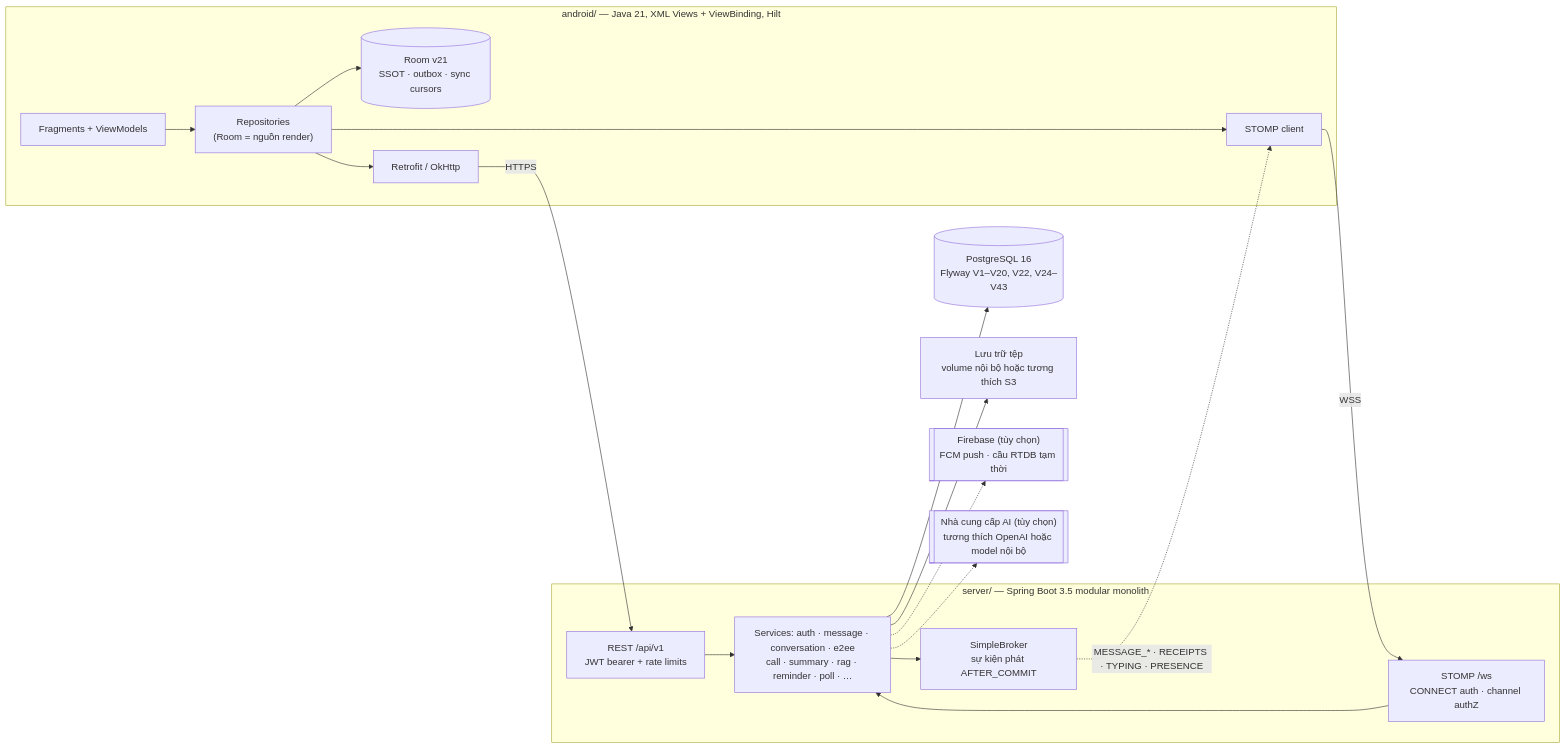
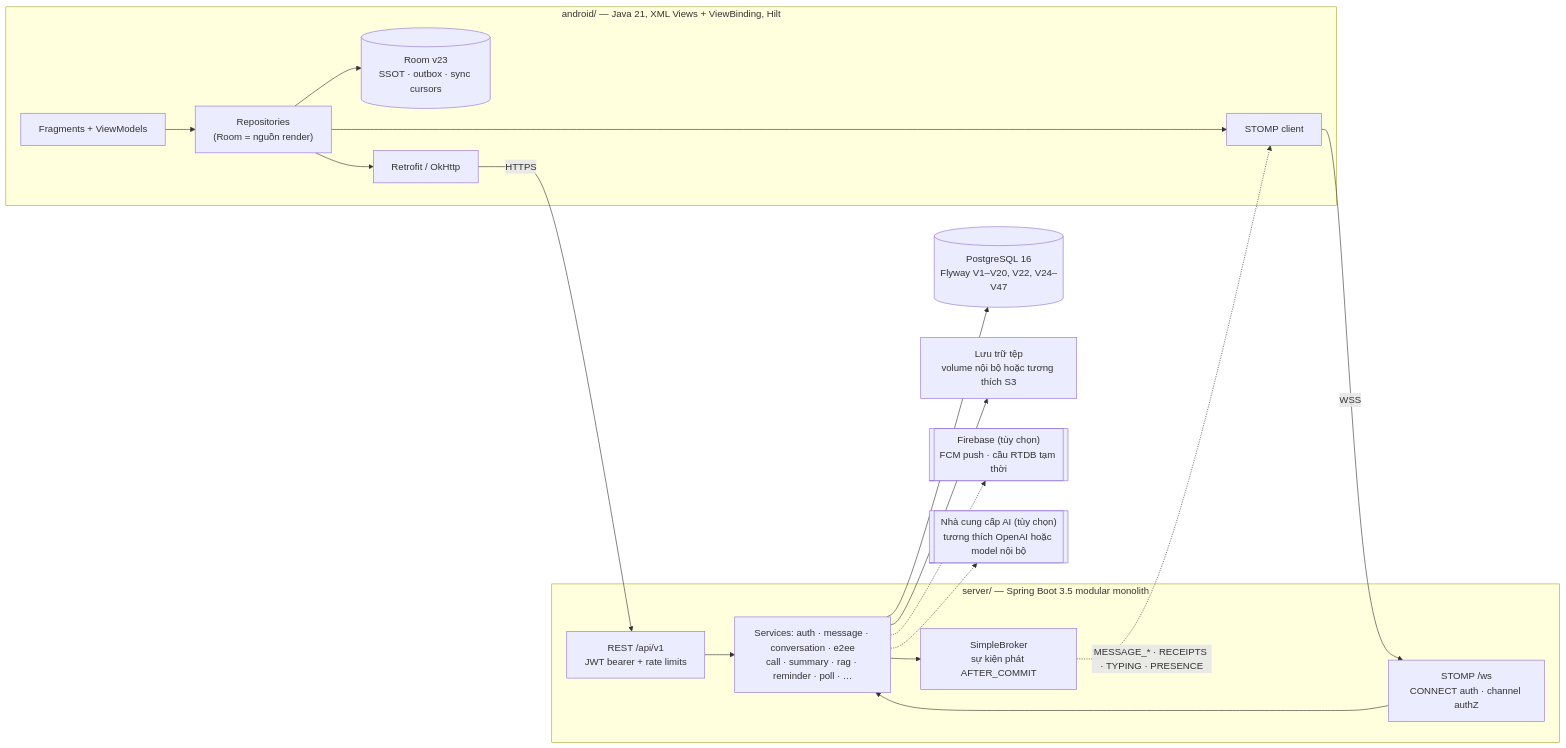
The diagram in README.vi.md (Contributerr27/Nexachat_AppJ), drawn with Mermaid before and after one commit. The commit also changed other lines of this file and 72 other files, not shown here.

````diff
--- a/README.vi.md
+++ b/README.vi.md
@@ -74,32 +74,32 @@
 ```mermaid
 flowchart LR
     subgraph Client["android/ — Java 21, XML Views + ViewBinding, Hilt"]
         UI["Fragments + ViewModels"] --> REPO["Repositories<br/>(Room = nguồn render)"]
-        REPO --> ROOM[("Room v21<br/>SSOT · outbox · sync cursors")]
+        REPO --> ROOM[("Room v23<br/>SSOT · outbox · sync cursors")]
         REPO --> RETRO["Retrofit / OkHttp"]
         REPO --> ST["STOMP client"]
     end
 
     subgraph Server["server/ — Spring Boot 3.5 modular monolith"]
         API["REST /api/v1<br/>JWT bearer + rate limits"]
         WSX["STOMP /ws<br/>CONNECT auth · channel authZ"]
         SVC["Services: auth · message · conversation · e2ee<br/>call · summary · rag · reminder · poll · …"]
         BRK["SimpleBroker<br/>sự kiện phát AFTER_COMMIT"]
         API --> SVC
         WSX --> SVC
         SVC --> BRK
     end
 
-    DB[("PostgreSQL 16<br/>Flyway V1–V20, V22, V24–V43")]
+    DB[("PostgreSQL 16<br/>Flyway V1–V20, V22, V24–V47")]
     STORE["Lưu trữ tệp<br/>volume nội bộ hoặc tương thích S3"]
     FCM[["Firebase (tùy chọn)<br/>FCM push · cầu RTDB tạm thời"]]
     LLM[["Nhà cung cấp AI (tùy chọn)<br/>tương thích OpenAI hoặc model nội bộ"]]
 
     RETRO -- "HTTPS" --> API
     ST -- "WSS" --> WSX
     SVC --> DB
     SVC --> STORE
     BRK -. "MESSAGE_* · RECEIPTS · TYPING · PRESENCE" .-> ST
     SVC -.-> FCM
     SVC -.-> LLM
 ```
````
